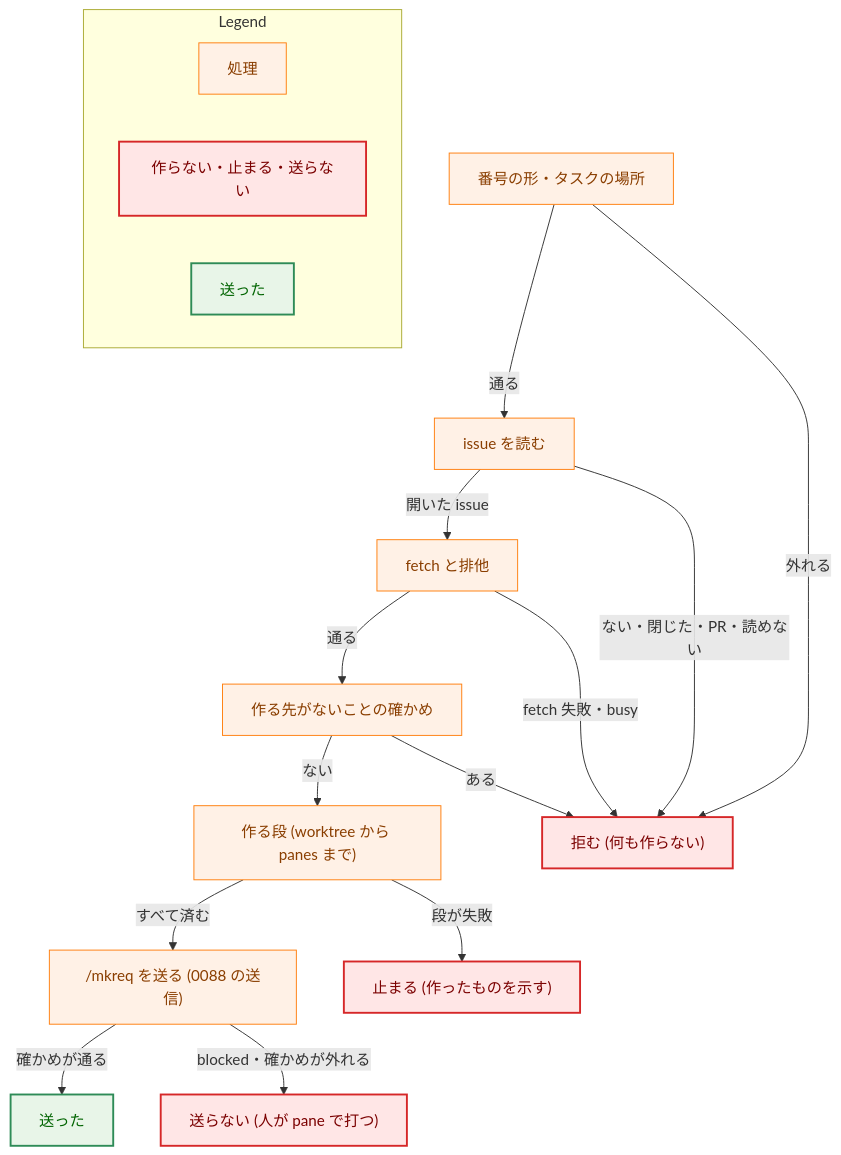
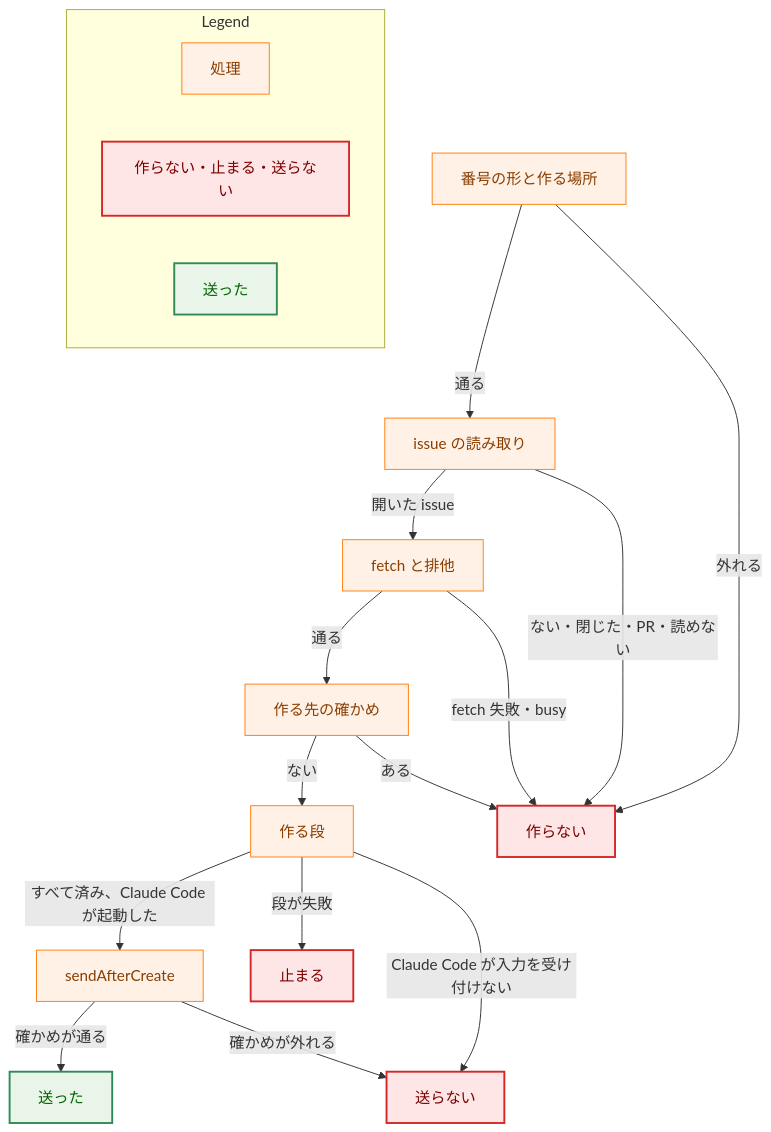
Before and after one commit to isseis/yt2column: the fifth of 6 diagrams in docs/tasks/0092_chief_task_workspace/02_architecture.md, drawn with Mermaid. The commit also changed other lines of this file and 2 other files, not shown here.

First line of the commit message:
docs(0092): address the architecture review and polish the Japanese prose

````diff
--- a/docs/tasks/0092_chief_task_workspace/02_architecture.md
+++ b/docs/tasks/0092_chief_task_workspace/02_architecture.md
@@ -674,43 +756,44 @@
 ```mermaid
 flowchart TD
     classDef process fill:#fff1e6,stroke:#ff7f0e,stroke-width:1px,color:#8a3e00;
     classDef problem fill:#ffe6e6,stroke:#d62728,stroke-width:2px,color:#7b0000;
     classDef enhanced fill:#e8f5e8,stroke:#2e8b57,stroke-width:2px,color:#006400;
 
-    A["番号の形・タスクの場所"]
-    B["issue を読む"]
+    A["番号の形と作る場所"]
+    B["issue の読み取り"]
     C["fetch と排他"]
-    D["作る先がないことの確かめ"]
-    E["作る段 (worktree から panes まで)"]
-    F["/mkreq を送る (0088 の送信)"]
-    R1["拒む (何も作らない)"]
-    R2["止まる (作ったものを示す)"]
-    R3["送らない (人が pane で打つ)"]
+    D["作る先の確かめ"]
+    E["作る段"]
+    F["sendAfterCreate"]
+    R1["作らない"]
+    R2["止まる"]
+    R3["送らない"]
     OK["送った"]
 
     A -->|"通る"| B
     A -->|"外れる"| R1
     B -->|"開いた issue"| C
     B -->|"ない・閉じた・PR・読めない"| R1
     C -->|"通る"| D
     C -->|"fetch 失敗・busy"| R1
     D -->|"ない"| E
     D -->|"ある"| R1
-    E -->|"すべて済む"| F
+    E -->|"すべて済み、Claude Code が起動した"| F
     E -->|"段が失敗"| R2
+    E -->|"Claude Code が入力を受け付けない"| R3
     F -->|"確かめが通る"| OK
-    F -->|"blocked・確かめが外れる"| R3
+    F -->|"確かめが外れる"| R3
 
     class A,B,C,D,E,F process
     class R1,R2,R3 problem
     class OK enhanced
 
     subgraph Legend["Legend"]
         L1["処理"]
         L2["作らない・止まる・送らない"]
         L3["送った"]
     end
     class L1 process
     class L2 problem
     class L3 enhanced
 ```
````
